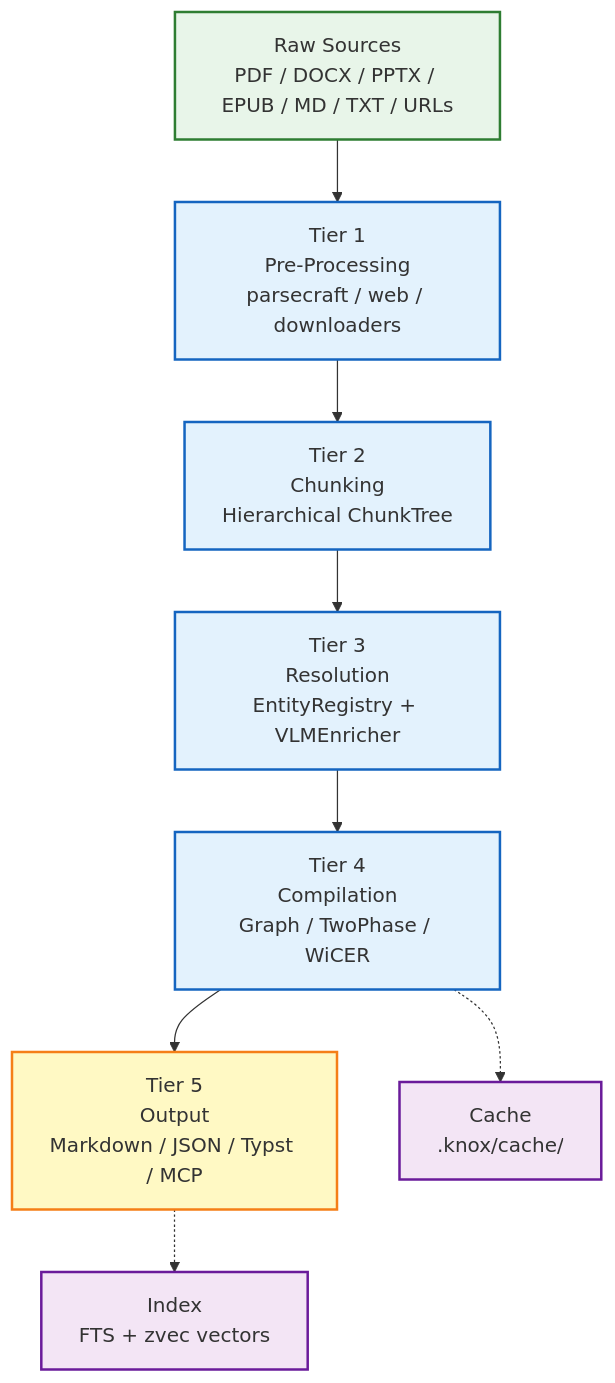
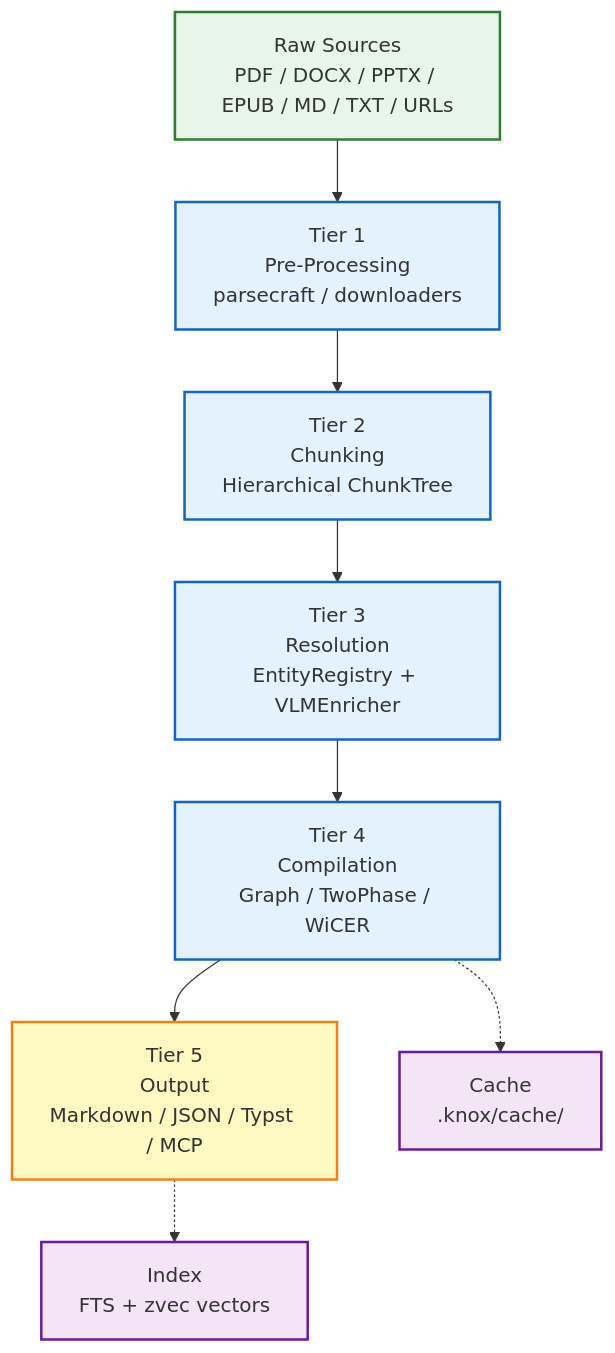
Before and after one commit to jr2804/kompend: the diagram in docs/architecture/index.md, drawn with Mermaid. The commit also changed 6 other files, not shown here.

````diff
--- a/docs/architecture/index.md
+++ b/docs/architecture/index.md
@@ -9,29 +9,29 @@
 ```mermaid
 flowchart TD
     classDef source fill:#e8f5e9,stroke:#2e7d32,stroke-width:2px
     classDef process fill:#e3f2fd,stroke:#1565c0,stroke-width:2px
     classDef output fill:#fff9c4,stroke:#f57f17,stroke-width:2px
     classDef storage fill:#f3e5f5,stroke:#6a1b9a,stroke-width:2px
 
     SRC[Raw Sources<br/>PDF / DOCX / PPTX / EPUB / MD / TXT / URLs]
-    T1[Tier 1<br/>Pre-Processing<br/>parsecraft / web / downloaders]
+    T1[Tier 1<br/>Pre-Processing<br/>parsecraft / downloaders]
     T2[Tier 2<br/>Chunking<br/>Hierarchical ChunkTree]
     T3[Tier 3<br/>Resolution<br/>EntityRegistry + VLMEnricher]
     T4[Tier 4<br/>Compilation<br/>Graph / TwoPhase / WiCER]
     T5[Tier 5<br/>Output<br/>Markdown / JSON / Typst / MCP]
     CACHE[Cache<br/>.knox/cache/]
     IDX[Index<br/>FTS + zvec vectors]
 
     SRC --> T1
     T1 --> T2
     T2 --> T3
     T3 --> T4
     T4 --> T5
     T4 -.-> CACHE
     T5 -.-> IDX
 
     class SRC source
     class T1,T2,T3,T4,T5 process
     class T5 output
     class CACHE,IDX storage
 ```
````
